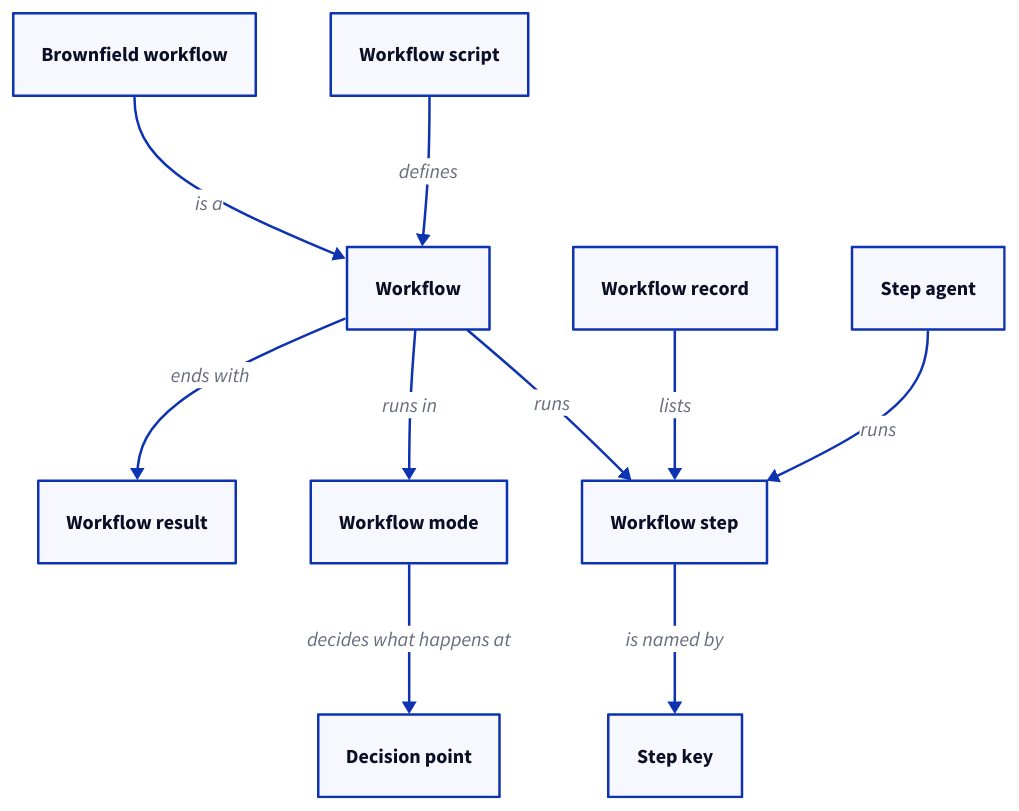
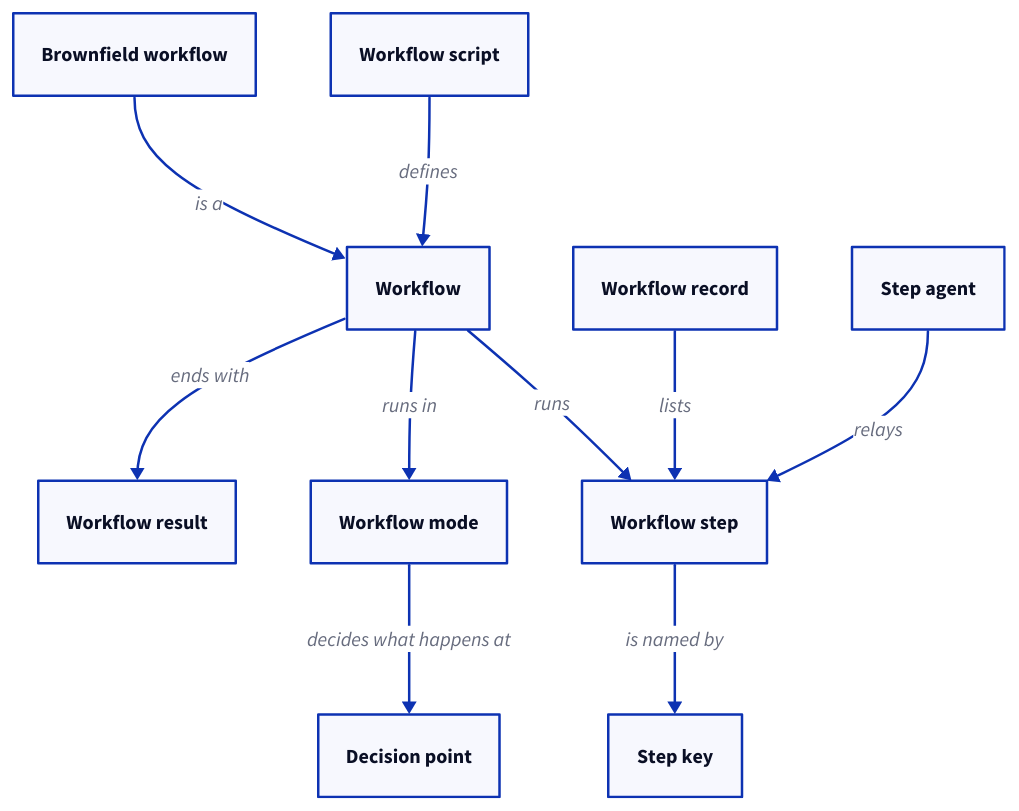
The first of 4 diagrams in specs/concorde/execution/workflows/module.md (FTOD/concorde), drawn with D2 before and after one commit. The commit also changed other lines of this file and 90 other files, not shown here.

````diff
--- a/specs/concorde/execution/workflows/module.md
+++ b/specs/concorde/execution/workflows/module.md
@@ -213,21 +225,21 @@
 ```d2
 workflow: Workflow
 mode: Workflow mode
 point: Decision point
 step: Workflow step
 key: Step key
 record: Workflow record
 agent: Step agent
 script: Workflow script
 result: Workflow result
 brownfield: Brownfield workflow
 workflow -> step: runs
 workflow -> mode: runs in
 step -> key: is named by
 record -> step: lists
-agent -> step: runs
+agent -> step: relays
 script -> workflow: defines
 workflow -> result: ends with
 mode -> point: decides what happens at
 brownfield -> workflow: is a
 ```
````
